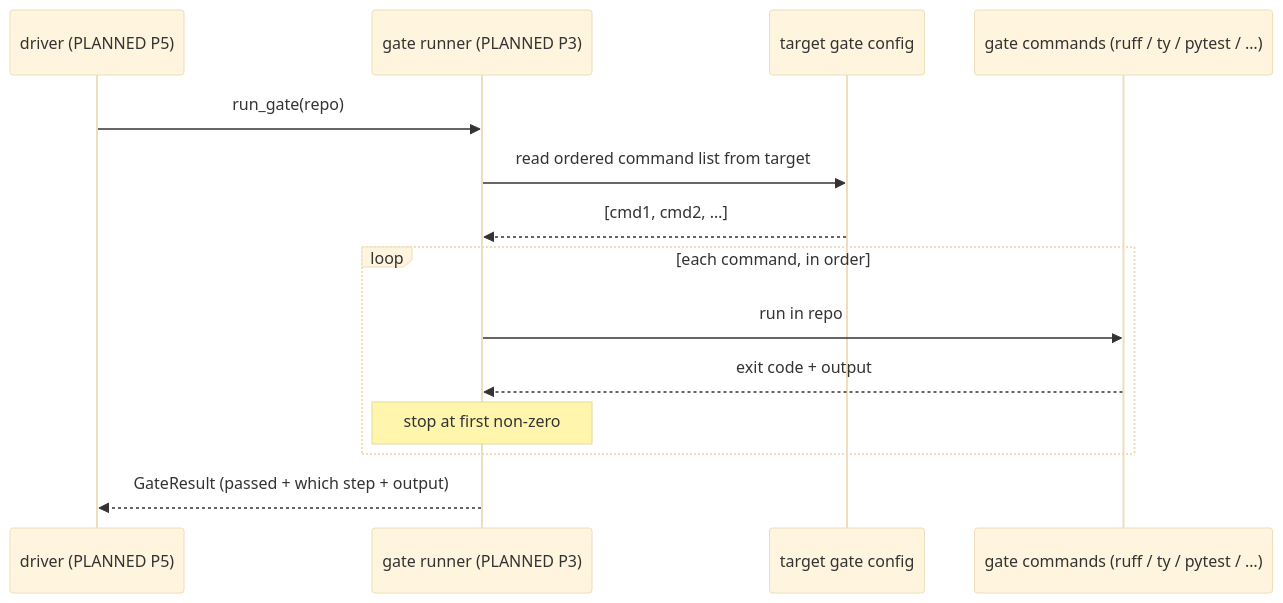
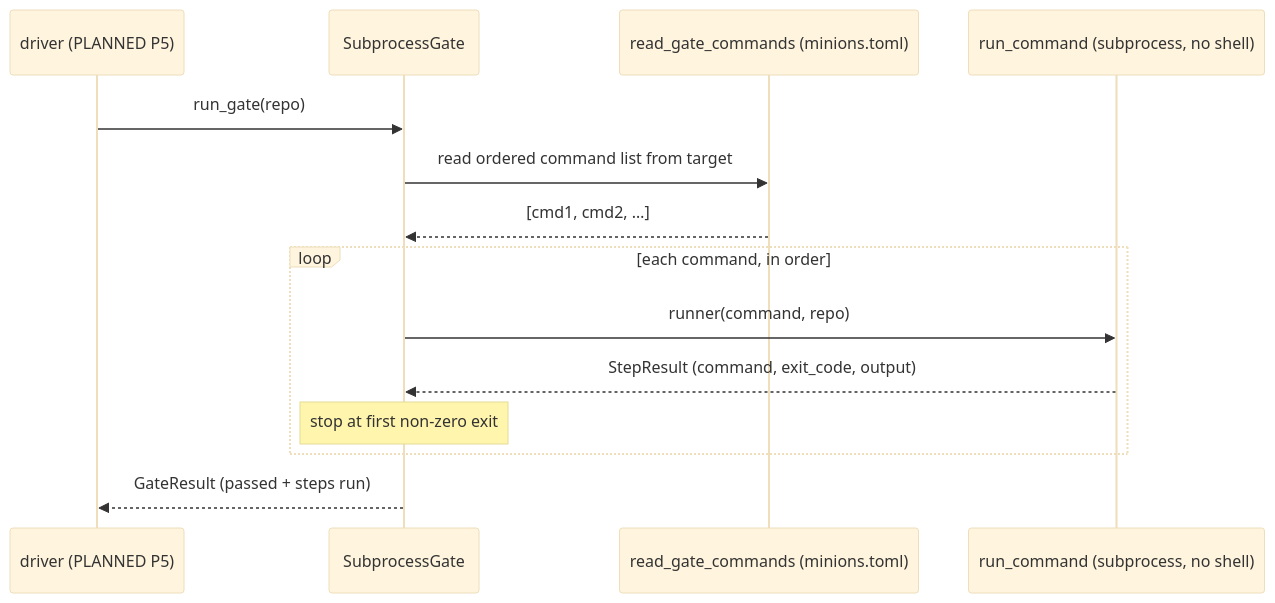
One commit to alxb1t/minionsfactory changed the third of 3 diagrams in docs/data-flow.md. Above: the diagram before and after it, drawn with Mermaid (base theme). The commit also changed other lines of this file and 3 other files, not shown here.

First line of the commit message:
docs: promote gate.py from planned to built (P3)

````diff
--- a/docs/data-flow.md
+++ b/docs/data-flow.md
@@ -73,17 +73,17 @@
 ```mermaid
 sequenceDiagram
     participant Dr as driver (PLANNED P5)
-    participant G as gate runner (PLANNED P3)
-    participant Cfg as target gate config
-    participant Cmd as gate commands (ruff / ty / pytest / …)
+    participant G as SubprocessGate
+    participant Cfg as read_gate_commands (minions.toml)
+    participant Run as run_command (subprocess, no shell)
 
     Dr->>G: run_gate(repo)
     G->>Cfg: read ordered command list from target
     Cfg-->>G: [cmd1, cmd2, …]
     loop each command, in order
-        G->>Cmd: run in repo
-        Cmd-->>G: exit code + output
-        Note over G: stop at first non-zero
+        G->>Run: runner(command, repo)
+        Run-->>G: StepResult (command, exit_code, output)
+        Note over G: stop at first non-zero exit
     end
-    G-->>Dr: GateResult (passed + which step + output)
+    G-->>Dr: GateResult (passed + steps run)
 ```
````
